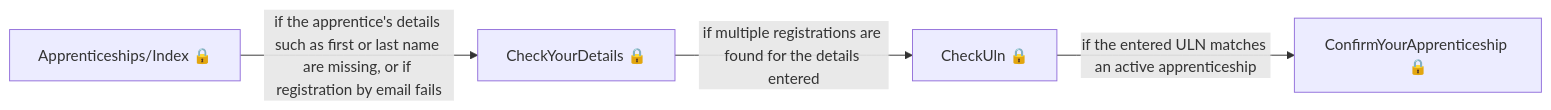
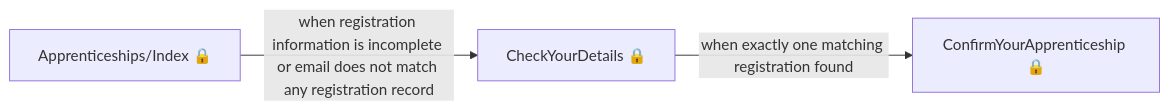
One commit to talentconsulting/atlas-dfe changed the third of 7 diagrams in das-apprentice-commitments-web/user-journeys/user-journeys.md. Above: the diagram before and after it, drawn with Mermaid. The commit also changed other lines of this file and 36 other files, not shown here.

````diff
--- a/das-apprentice-commitments-web/user-journeys/user-journeys.md
+++ b/das-apprentice-commitments-web/user-journeys/user-journeys.md
@@ -40,6 +30,5 @@
 ```mermaid
 flowchart LR
-  p0["Apprenticeships/Index 🔒"] -->|"if the apprentice's details such as first or last name are missing, or if registration by email fails"| p1["CheckYourDetails 🔒"]
-  p1["CheckYourDetails 🔒"] -->|"if multiple registrations are found for the details entered"| p2["CheckUln 🔒"]
-  p2["CheckUln 🔒"] -->|"if the entered ULN matches an active apprenticeship"| p3["ConfirmYourApprenticeship 🔒"]
+  p0["Apprenticeships/Index 🔒"] -->|"when registration information is incomplete or email does not match any registration record"| p1["CheckYourDetails 🔒"]
+  p1["CheckYourDetails 🔒"] -->|"when exactly one matching registration found"| p2["ConfirmYourApprenticeship 🔒"]
 ```
````
